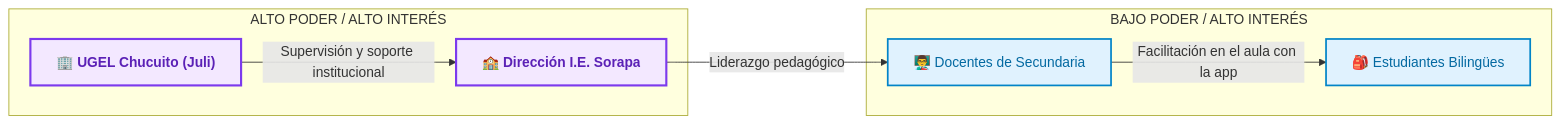
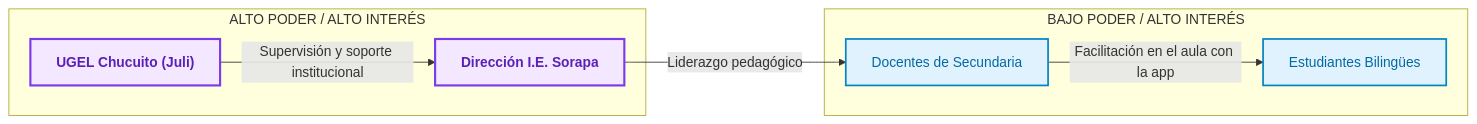
Before and after one commit to jhanslarico11/Perfil-de-Egreso: the fifth of 5 diagrams in docs/ChristianRafaelMamaniCallata/entregable3.md, drawn with Mermaid. The commit also changed other lines of this file and 4 other files, not shown here.

Commit message:
Remocion de emojis de los diagramas Mermaid para una apariencia academica limpia

````diff
--- a/docs/ChristianRafaelMamaniCallata/entregable3.md
+++ b/docs/ChristianRafaelMamaniCallata/entregable3.md
@@ -253,19 +253,19 @@
 ```mermaid
 graph LR
     classDef highPower fill:#f3e8ff,stroke:#7c3aed,stroke-width:2.5px,color:#5b21b6,font-weight:bold;
     classDef highInterest fill:#e0f2fe,stroke:#0284c7,stroke-width:2px,color:#0369a1;
 
     subgraph ALTO PODER / ALTO INTERÉS
-        UGEL["🏢 UGEL Chucuito (Juli)"]:::highPower
-        Dir["🏫 Dirección I.E. Sorapa"]:::highPower
+        UGEL["UGEL Chucuito (Juli)"]:::highPower
+        Dir["Dirección I.E. Sorapa"]:::highPower
     end
 
     subgraph BAJO PODER / ALTO INTERÉS
-        Doc["👨‍🏫 Docentes de Secundaria"]:::highInterest
-        Est["🎒 Estudiantes Bilingües"]:::highInterest
+        Doc["Docentes de Secundaria"]:::highInterest
+        Est["Estudiantes Bilingües"]:::highInterest
     end
 
     UGEL --> |Supervisión y soporte institucional| Dir
     Dir --> |Liderazgo pedagógico| Doc
     Doc --> |Facilitación en el aula con la app| Est
 ```
````
